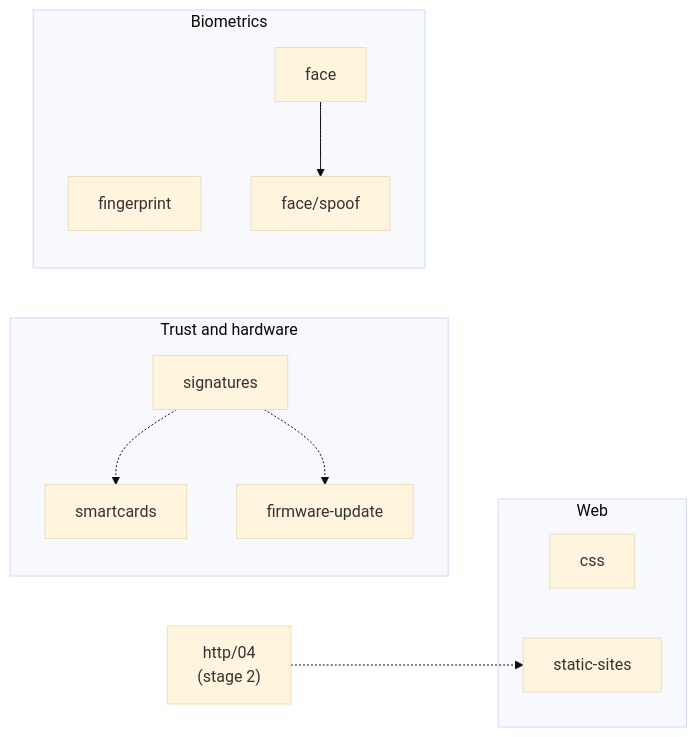
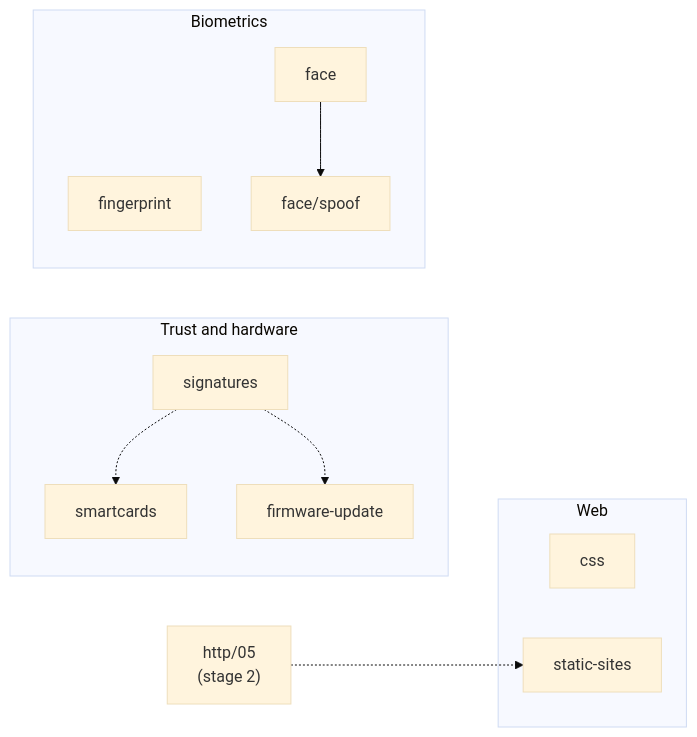
The second of 2 diagrams in README.md (Beasr1/til), drawn with Mermaid (base theme) before and after one commit. The commit also changed other lines of this file and 13 other files, not shown here.

````diff
--- a/README.md
+++ b/README.md
@@ -88,19 +88,19 @@
 ```mermaid
 flowchart LR
     subgraph W["Web"]
         css[css]
         ss[static-sites]
     end
 
     subgraph T["Trust and hardware"]
         sig[signatures] -.-> sc[smartcards]
         sig -.-> fw[firmware-update]
     end
 
     subgraph B["Biometrics"]
         fp[fingerprint]
         face[face] --> spoof[face/spoof]
     end
 
-    http04["http/04<br/>(stage 2)"] -.-> ss
+    http05["http/05<br/>(stage 2)"] -.-> ss
 ```
````
